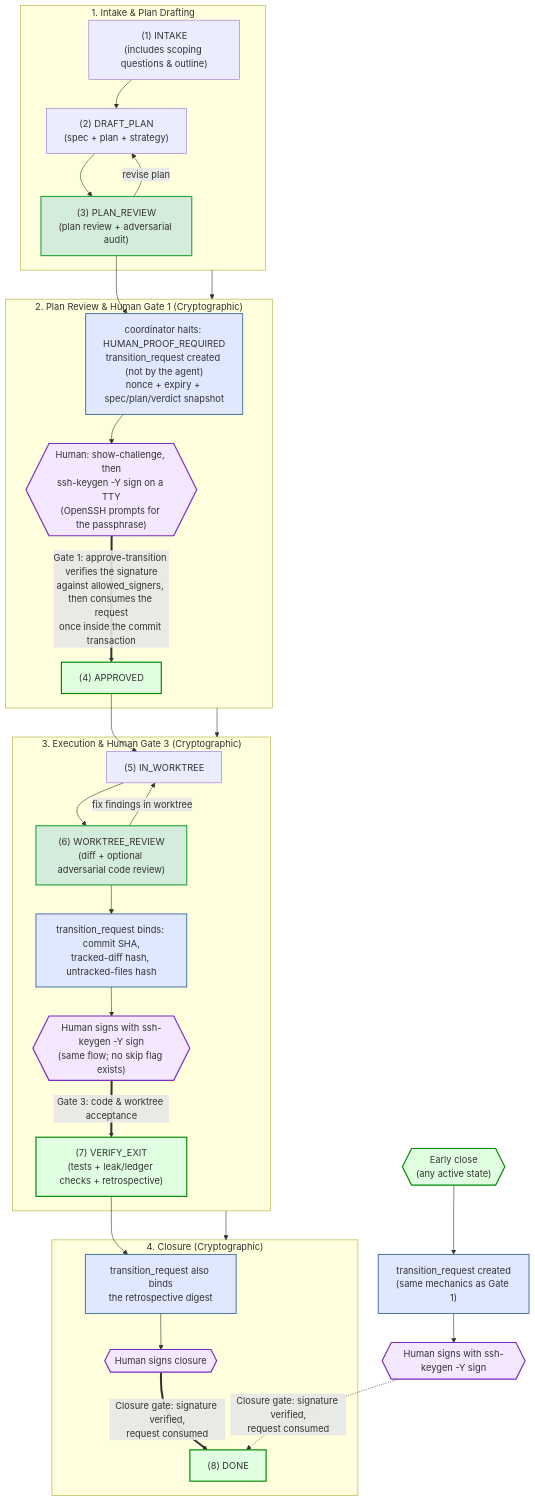
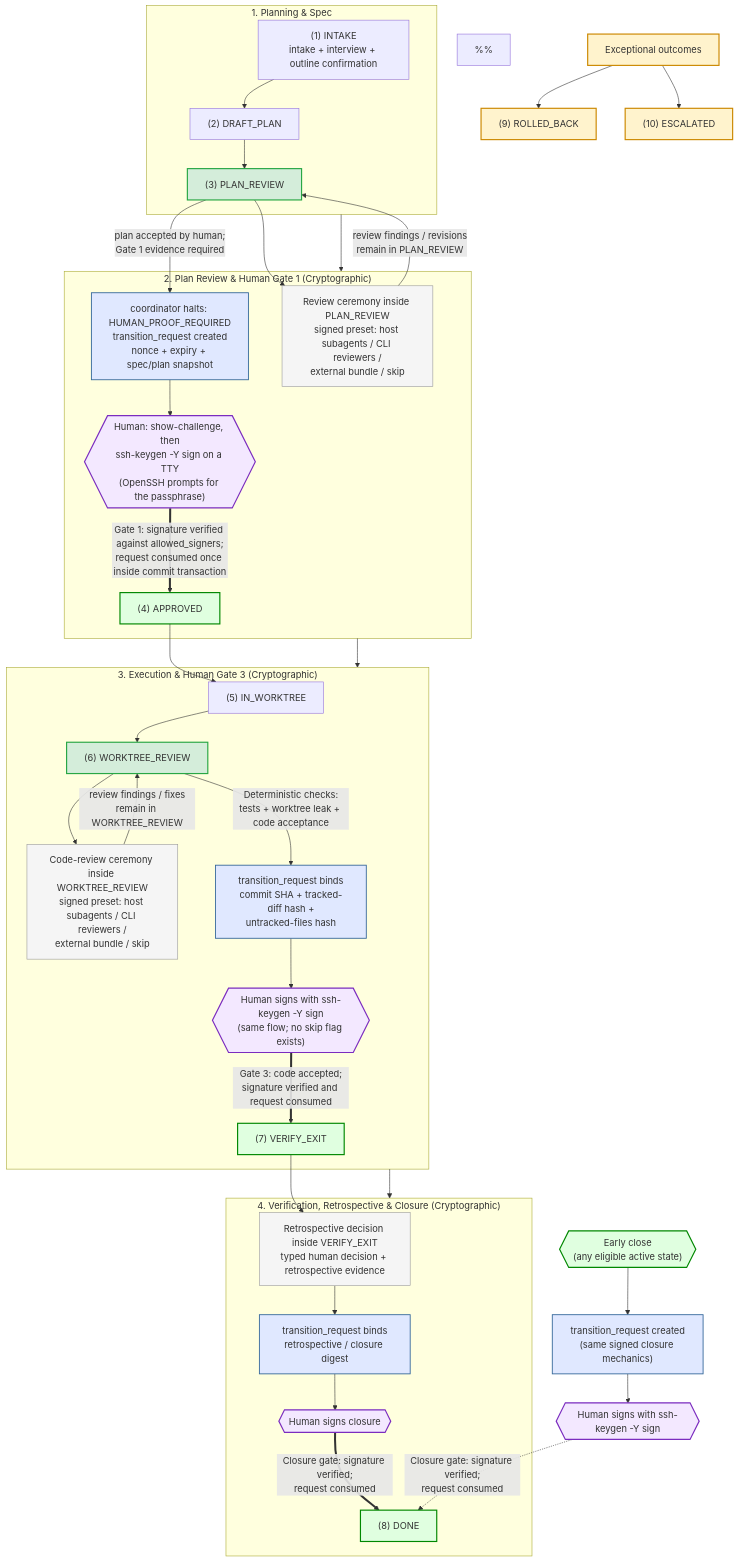
One commit to richfrem/agent-plugins-skills changed the diagram in plugins/agent-agentic-os/.apm/skills/running-control-plane/references/diagrams/control-plane-lifecycle-hardened-with-ciba-rar.mermaid. Above: the diagram before and after it, drawn with Mermaid. The commit also changed 47 other files, not shown here.

Commit message:
fix(control-plane): address Run 1 generative simulation friction, codify protocol, align Batch 1-2B tests

```diff
--- a/plugins/agent-agentic-os/.apm/skills/running-control-plane/references/diagrams/control-plane-lifecycle-hardened-with-ciba-rar.mermaid
+++ b/plugins/agent-agentic-os/.apm/skills/running-control-plane/references/diagrams/control-plane-lifecycle-hardened-with-ciba-rar.mermaid
@@ -1,67 +1,103 @@
 flowchart TB
+
     %% Production gates: human key in context/control_plane.db; first signature binds one key.
     %% Simulation: separate context/simulation/simulation_control_plane.db and agent key only.
     %% Complete captured signed evidence is reverified before a production push.
-    %% HARDENED (Schema v15): 10-state canonical lifecycle (8 happy-path + RECOVERING, ROLLED_BACK)
-    %% - Exactly three human authorities are CRYPTOGRAPHIC: APPROVED (Gate 1, from PLAN_REVIEW),
-    %%   VERIFY_EXIT (Gate 3, from WORKTREE_REVIEW) and DONE (closure, from VERIFY_EXIT or early
-    %%   close from any active state). Each edge declares requires_cryptographic_proof in transition_templates.yaml.
-    %% - The only valid authority is an out-of-band OpenSSH signature (ssh-keygen -Y sign, passphrase
-    %%   prompted on a TTY) over a content-bound transition_request, verified against allowed_signers.
-    %% - No prompt, typed word, flag, receipt or actor='human' string can authorize these edges, and
-    %%   no SQLite trigger trusts an actor column for them. (CIBA+RAR push to an IdP was the earlier
-    %%   design; it is superseded by local SSH signing.)
-    %% - The slow work (live snapshot hashing, ssh-keygen verify) runs BEFORE the commit's BEGIN IMMEDIATE;
-    %%   inside the transaction the request is re-checked and consumed exactly once.
-    %% - No direct IN_WORKTREE -> VERIFY_EXIT edge exists: all work passes through WORKTREE_REVIEW
-    %%   so the diff (and optional adversarial code review) is shown first.
-    %% - Review preset selection and waiver decisions use signed_decisions (control-plane-decision/1).
 
-    subgraph Phase1["1. Intake & Plan Drafting"]
-        S1["(1) INTAKE<br/>(includes scoping questions & outline)"] --> S2["(2) DRAFT_PLAN<br/>(spec + plan + strategy)"]
-        S2 --> S3["(3) PLAN_REVIEW<br/>(plan review + adversarial audit)"]
+    %% HARDENED (Schema v15): 10-state canonical lifecycle
+    %% Active states:
+    %% INTAKE, DRAFT_PLAN, PLAN_REVIEW, APPROVED, IN_WORKTREE,
+    %% WORKTREE_REVIEW, VERIFY_EXIT, DONE, ROLLED_BACK, ESCALATED.
+    %%
+    %% Retired states remain history-only:
+    %% INTERVIEW -> INTAKE
+    %% MULTI_AGENT_REVIEW -> PLAN_REVIEW
+    %% AWAITING_APPROVAL -> PLAN_REVIEW
+    %% MULTI_AGENT_CODE_REVIEW -> WORKTREE_REVIEW
+    %% RETROSPECTIVE -> VERIFY_EXIT
+    %%
+    %% Exactly three normal-path human authorities are CRYPTOGRAPHIC:
+    %% APPROVED (Gate 1), VERIFY_EXIT (Gate 3), and DONE (closure).
+    %%
+    %% Gate 1: PLAN_REVIEW -> APPROVED
+    %% Gate 3: WORKTREE_REVIEW -> VERIFY_EXIT
+    %% Closure: VERIFY_EXIT -> DONE
+    %%
+    %% Review selection and execution are ceremonies/evidence within PLAN_REVIEW
+    %% and WORKTREE_REVIEW, not separate lifecycle states.
+    %%
+    %% The retrospective decision is folded into VERIFY_EXIT.
+    %%
+    %% The only valid cryptographic authority is an out-of-band OpenSSH signature
+    %% over a content-bound transition_request, verified against allowed_signers.
+    %%
+    %% No prompt, typed word, flag, receipt or actor='human' string can authorize
+    %% cryptographic edges, and no SQLite trigger trusts an actor column for them.
+    %%
+    %% No direct IN_WORKTREE -> VERIFY_EXIT edge exists.
+    %% All implementation work passes through WORKTREE_REVIEW.
+    %%
+    %% Deterministic gates remain non-HITL.
+
+    subgraph Phase1["1. Planning & Spec"]
+        S1["(1) INTAKE<br/>intake + interview + outline confirmation"]
+        S1 --> S2["(2) DRAFT_PLAN"]
+        S2 --> S3["(3) PLAN_REVIEW"]
     end
 
     subgraph Phase2["2. Plan Review & Human Gate 1 (Cryptographic)"]
-        S3 -->|"revise plan"| S2
-        S3 --> TR1["coordinator halts: HUMAN_PROOF_REQUIRED<br/>transition_request created (not by the agent)<br/>nonce + expiry + spec/plan/verdict snapshot"]
+        S3 --> PR["Review ceremony inside PLAN_REVIEW<br/>signed preset: host subagents / CLI reviewers /<br/>external bundle / skip"]
+        PR -->|"review findings / revisions<br/>remain in PLAN_REVIEW"| S3
+        S3 -->|"plan accepted by human;<br/>Gate 1 evidence required"| TR1["coordinator halts: HUMAN_PROOF_REQUIRED<br/>transition_request created<br/>nonce + expiry + spec/plan snapshot"]
         TR1 --> SIGN1{{"Human: show-challenge, then<br/>ssh-keygen -Y sign on a TTY<br/>(OpenSSH prompts for the passphrase)"}}
-        SIGN1 ==>|"Gate 1: approve-transition verifies the signature<br/>against allowed_signers, then consumes the request<br/>once inside the commit transaction"| S4["(4) APPROVED"]
+        SIGN1 ==>|"Gate 1: signature verified against allowed_signers;<br/>request consumed once inside commit transaction"| S4["(4) APPROVED"]
     end
 
     subgraph Phase3["3. Execution & Human Gate 3 (Cryptographic)"]
         S4 --> S5["(5) IN_WORKTREE"]
-        S5 --> S6["(6) WORKTREE_REVIEW<br/>(diff + optional adversarial code review)"]
-        S6 -->|"fix findings in worktree"| S5
-        S6 --> TR3["transition_request binds: commit SHA,<br/>tracked-diff hash, untracked-files hash"]
+        S5 --> S6["(6) WORKTREE_REVIEW"]
+        S6 --> CR["Code-review ceremony inside WORKTREE_REVIEW<br/>signed preset: host subagents / CLI reviewers /<br/>external bundle / skip"]
+        CR -->|"review findings / fixes<br/>remain in WORKTREE_REVIEW"| S6
+        S6 -->|"Deterministic checks:<br/>tests + worktree leak + code acceptance"| TR3["transition_request binds<br/>commit SHA + tracked-diff hash +<br/>untracked-files hash"]
         TR3 --> SIGN3{{"Human signs with ssh-keygen -Y sign<br/>(same flow; no skip flag exists)"}}
-        SIGN3 ==>|"Gate 3: code & worktree acceptance"| S7["(7) VERIFY_EXIT<br/>(tests + leak/ledger checks + retrospective)"]
+        SIGN3 ==>|"Gate 3: code accepted;<br/>signature verified and request consumed"| S7["(7) VERIFY_EXIT"]
     end
 
-    subgraph Phase4["4. Closure (Cryptographic)"]
-        S7 --> TR4["transition_request also binds<br/>the retrospective digest"]
+    subgraph Phase4["4. Verification, Retrospective & Closure (Cryptographic)"]
+        S7 --> RETRO["Retrospective decision inside VERIFY_EXIT<br/>typed human decision + retrospective evidence"]
+        RETRO --> TR4["transition_request binds<br/>retrospective / closure digest"]
         TR4 --> SIGN4{{"Human signs closure"}}
-        SIGN4 ==>|"Closure gate: signature verified,<br/>request consumed"| S8["(8) DONE"]
+        SIGN4 ==>|"Closure gate: signature verified;<br/>request consumed"| S8["(8) DONE"]
     end
 
-    %% Phase-to-phase vertical layout flow
+    %% Phase-to-phase vertical layout
     Phase1 --> Phase2
     Phase2 --> Phase3
     Phase3 --> Phase4
 
-    %% Early close from any active state uses the SAME signed closure gate (no force-close string or flag)
-    EarlyClose{{"Early close<br/>(any active state)"}} --> TR2["transition_request created<br/>(same mechanics as Gate 1)"]
+    %% Exceptional active states
+    EX["Exceptional outcomes"]
+    EX --> S9["(9) ROLLED_BACK"]
+    EX --> S10["(10) ESCALATED"]
+
+    %% Early close from any eligible active state uses the SAME signed closure gate.
+    %% No force-close string or unsigned bypass.
+    EarlyClose{{"Early close<br/>(any eligible active state)"}} --> TR2["transition_request created<br/>(same signed closure mechanics)"]
     TR2 --> SIGN2{{"Human signs with ssh-keygen -Y sign"}}
-    SIGN2 -.->|"Closure gate: signature verified,<br/>request consumed"| S8
+    SIGN2 -.->|"Closure gate: signature verified;<br/>request consumed"| S8
 
     %% Styling definitions
     classDef hardened fill:#e0ffe0,stroke:#080,stroke-width:2px
     classDef localMechanics fill:#e0e8ff,stroke:#336699,stroke-width:1.5px
     classDef signing fill:#f3e8ff,stroke:#7b2cbf,stroke-width:2px
     classDef gated fill:#d4edda,stroke:#28a745,stroke-width:2px
+    classDef deterministic fill:#f5f5f5,stroke:#999,stroke-width:1px
+    classDef exceptional fill:#fff3cd,stroke:#cc8800,stroke-width:2px
 
     %% Node assignments
     class S4,S7,S8,EarlyClose hardened
     class TR1,TR2,TR3,TR4 localMechanics
     class SIGN1,SIGN2,SIGN3,SIGN4 signing
     class S3,S6 gated
+    class PR,CR,RETRO deterministic
+    class S9,S10,EX exceptional
```
